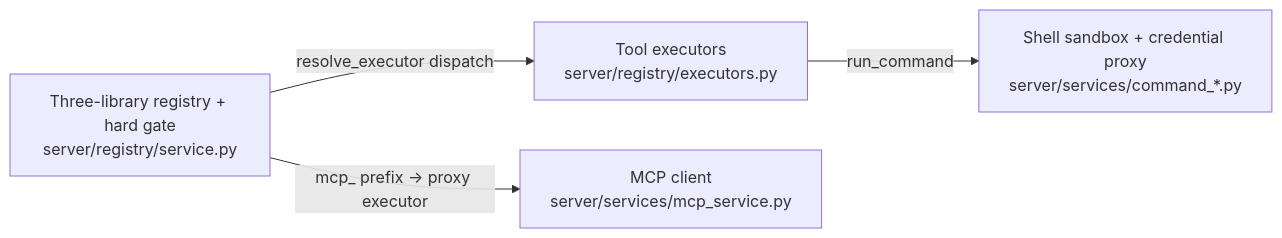
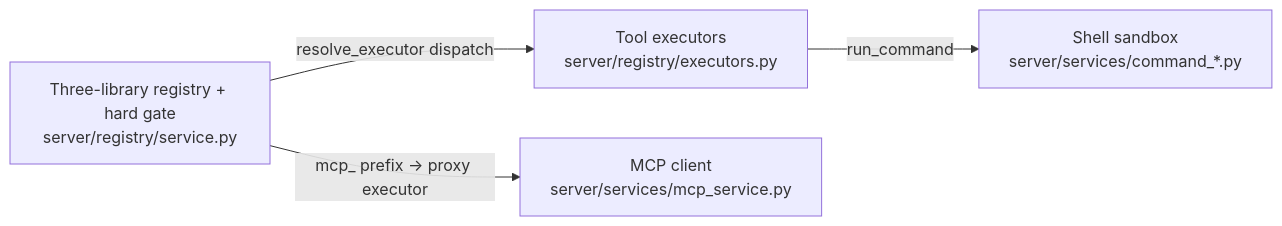
The fourth of 6 diagrams in docs/ARCHITECTURE.md (mirzatghayrat/arslan), drawn with Mermaid before and after one commit. The commit also changed other lines of this file and 2 other files, not shown here.

First line of the commit message:
docs: SECURITY.md and ARCHITECTURE.md stop promising protections that aren't there (audit [1])

````diff
--- a/docs/ARCHITECTURE.md
+++ b/docs/ARCHITECTURE.md
@@ -141,11 +141,11 @@
 ```mermaid
 graph LR
     registry["Three-library registry + hard gate<br/>server/registry/service.py"]
     executors["Tool executors<br/>server/registry/executors.py"]
     mcp-client["MCP client<br/>server/services/mcp_service.py"]
-    shell-sandbox["Shell sandbox + credential proxy<br/>server/services/command_*.py"]
+    shell-sandbox["Shell sandbox<br/>server/services/command_*.py"]
 
     registry -->|"resolve_executor dispatch"| executors
     registry -->|"mcp_ prefix → proxy executor"| mcp-client
     executors -->|"run_command"| shell-sandbox
 ```
````
